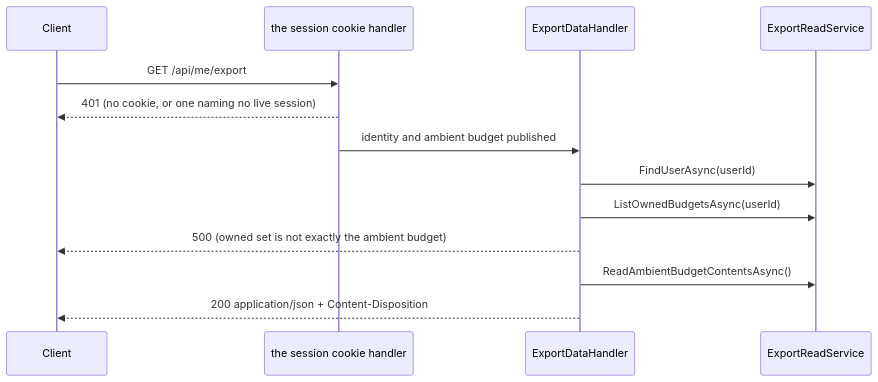
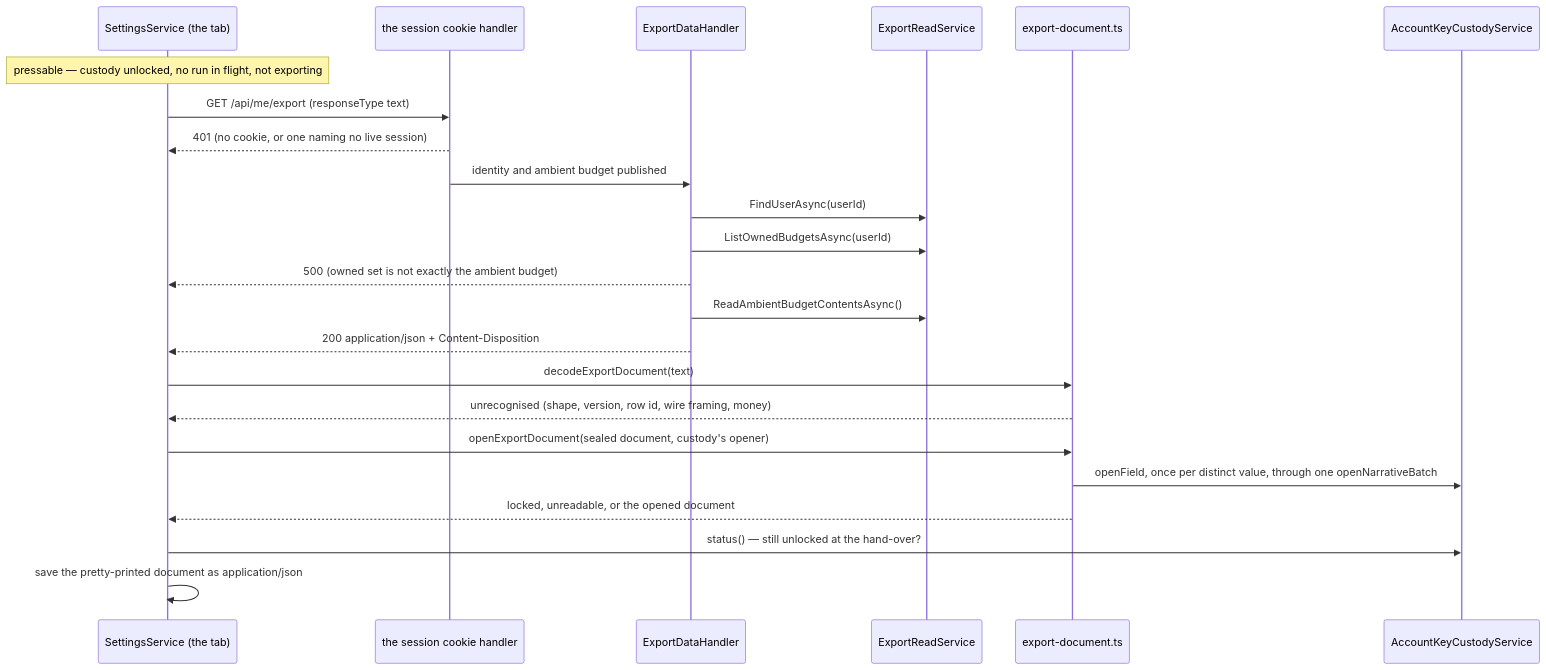
Before and after one commit to anton-kochev/budgetoid: the second of 2 diagrams in docs/business-logic/export.md, drawn with Mermaid. The commit also changed other lines of this file and 20 other files, not shown here.

````diff
--- a/docs/business-logic/export.md
+++ b/docs/business-logic/export.md
@@ -352,15 +509,25 @@
 ```mermaid
 sequenceDiagram
-    participant C as Client
+    participant S as SettingsService (the tab)
     participant M as the session cookie handler
     participant H as ExportDataHandler
     participant R as ExportReadService
-    C->>M: GET /api/me/export
-    M-->>C: 401 (no cookie, or one naming no live session)
+    participant D as export-document.ts
+    participant K as AccountKeyCustodyService
+    Note over S: pressable — custody unlocked, no run in flight, not exporting
+    S->>M: GET /api/me/export (responseType text)
+    M-->>S: 401 (no cookie, or one naming no live session)
     M->>H: identity and ambient budget published
     H->>R: FindUserAsync(userId)
     H->>R: ListOwnedBudgetsAsync(userId)
-    H-->>C: 500 (owned set is not exactly the ambient budget)
+    H-->>S: 500 (owned set is not exactly the ambient budget)
     H->>R: ReadAmbientBudgetContentsAsync()
-    H-->>C: 200 application/json + Content-Disposition
+    H-->>S: 200 application/json + Content-Disposition
+    S->>D: decodeExportDocument(text)
+    D-->>S: unrecognised (shape, version, row id, wire framing, money)
+    S->>D: openExportDocument(sealed document, custody's opener)
+    D->>K: openField, once per distinct value, through one openNarrativeBatch
+    D-->>S: locked, unreadable, or the opened document
+    S->>K: status() — still unlocked at the hand-over?
+    S->>S: save the pretty-printed document as application/json
 ```
````
